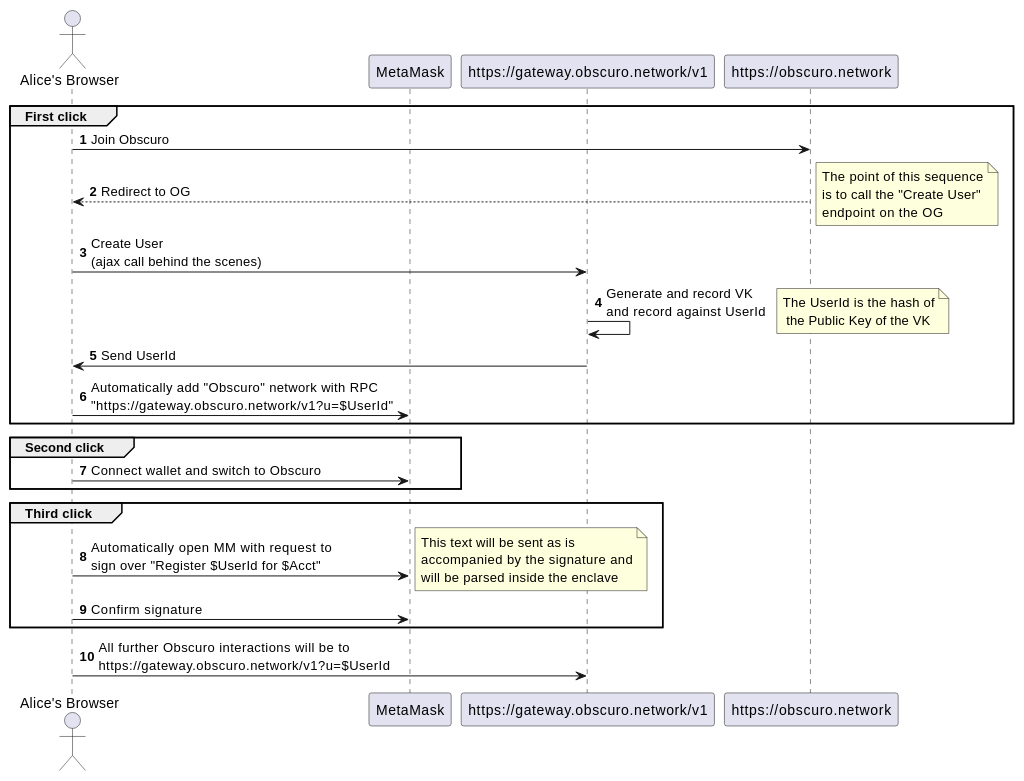
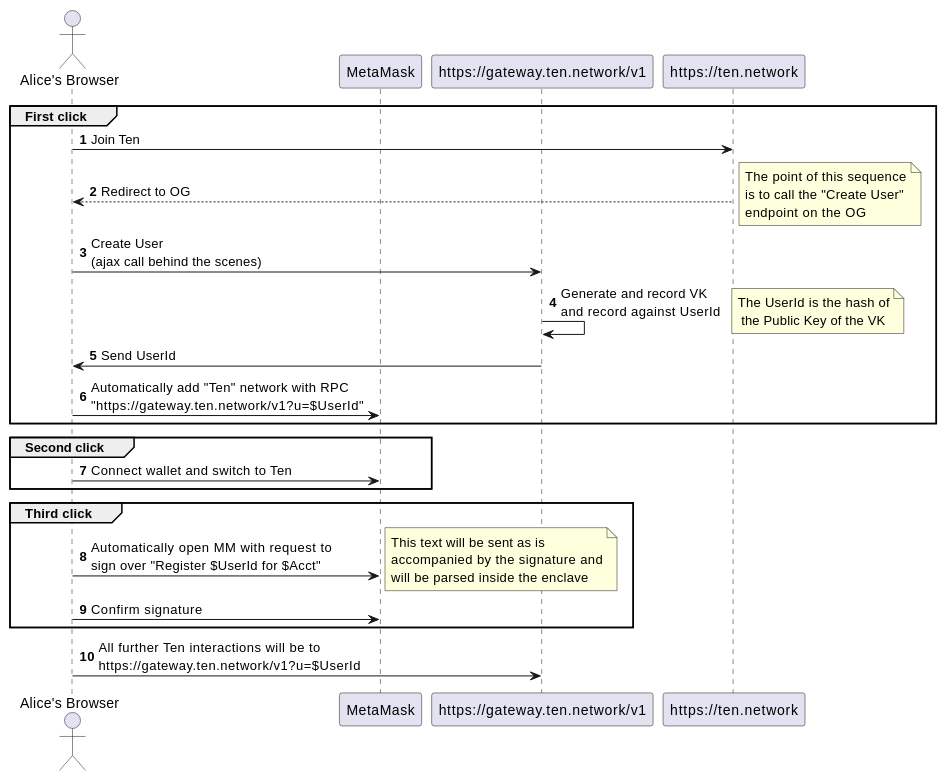
One commit to ten-protocol/go-ten changed the second of 2 diagrams in design/ux/Obscuro_Gateway.md. Above: the diagram before and after it, drawn with PlantUML. The commit also changed other lines of this file and 67 other files, not shown here.

````diff
--- a/design/ux/Obscuro_Gateway.md
+++ b/design/ux/Obscuro_Gateway.md
@@ -81,47 +81,47 @@
 ```plantuml
 @startuml
 'https://plantuml.com/sequence-diagram
 
 autonumber
 
 actor "Alice's Browser" as Alice
 participant MetaMask as MM
-participant "https://gateway.obscuro.network/v1" as OG
-participant "https://obscuro.network" as ON
+participant "https://gateway.ten.network/v1" as OG
+participant "https://ten.network" as ON
 
 group First click
-    Alice -> ON: Join Obscuro
+    Alice -> ON: Join Ten
     ON --> Alice: Redirect to OG
     note right
         The point of this sequence
         is to call the "Create User"
         endpoint on the OG
     end note
     Alice -> OG: Create User\n(ajax call behind the scenes)
     OG -> OG: Generate and record VK\nand record against UserId
     note right
         The UserId is the hash of
          the Public Key of the VK
     end note
     OG -> Alice: Send UserId
-    Alice -> MM: Automatically add "Obscuro" network with RPC\n"https://gateway.obscuro.network/v1?u=$UserId"
+    Alice -> MM: Automatically add "Ten" network with RPC\n"https://gateway.ten.network/v1?u=$UserId"
 end
 
 group Second click
-    Alice -> MM : Connect wallet and switch to Obscuro
+    Alice -> MM : Connect wallet and switch to Ten
 end
 
 group Third click
     Alice -> MM: Automatically open MM with request to \nsign over "Register $UserId for $Acct"
     note right
         This text will be sent as is
         accompanied by the signature and
         will be parsed inside the enclave
     end note
     Alice -> MM : Confirm signature
 end
 
-Alice -> OG: All further Obscuro interactions will be to\nhttps://gateway.obscuro.network/v1?u=$UserId
+Alice -> OG: All further Ten interactions will be to\nhttps://gateway.ten.network/v1?u=$UserId
 
 @enduml
 ```
````
